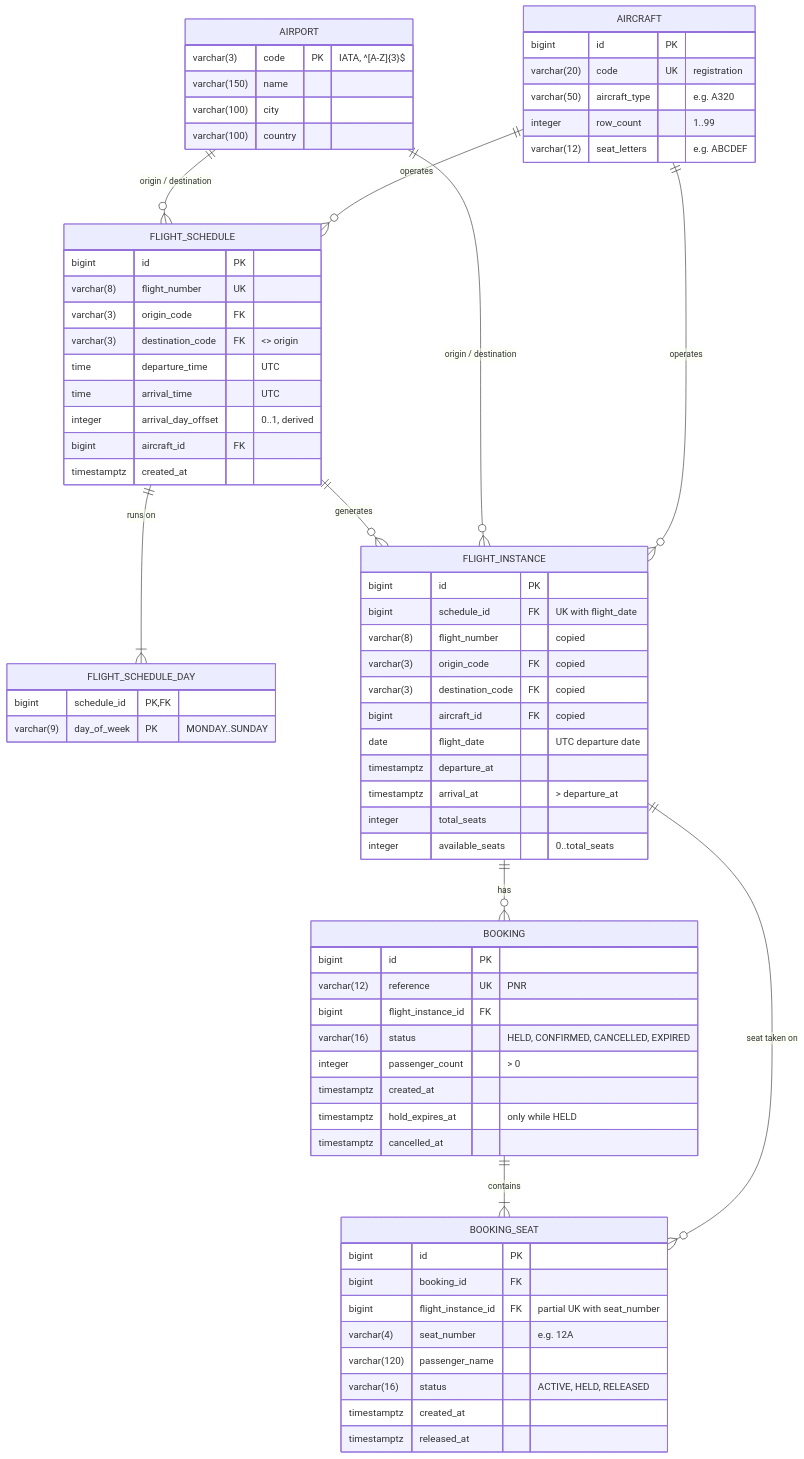
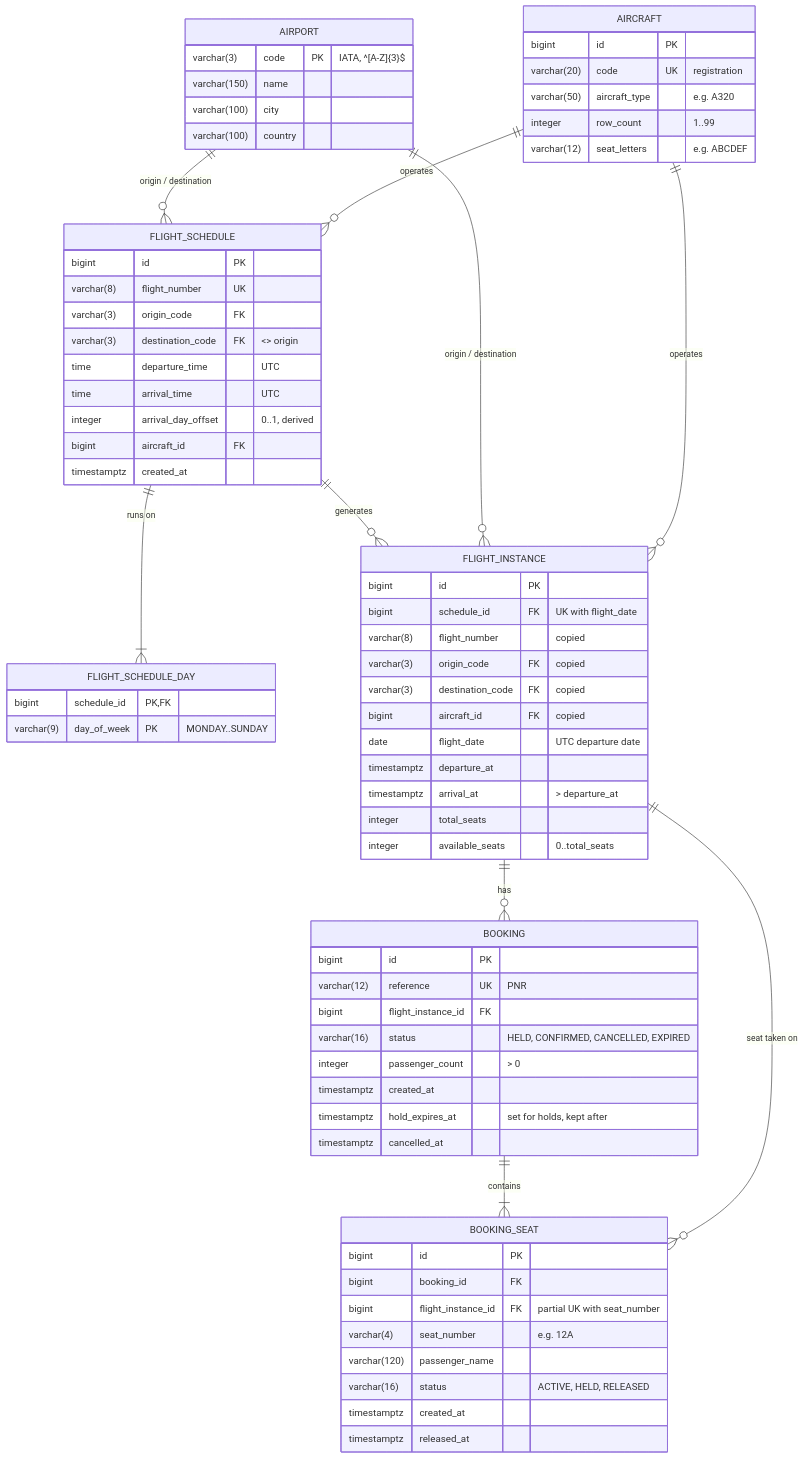
The diagram in hld/diagrams/er.mmd (ambikadasc/airline-ticketing-system), drawn with Mermaid before and after one commit. The commit also changed 27 other files, not shown here.

```diff
--- a/hld/diagrams/er.mmd
+++ b/hld/diagrams/er.mmd
@@ -1,72 +1,72 @@
 erDiagram
     AIRPORT ||--o{ FLIGHT_SCHEDULE : "origin / destination"
     AIRCRAFT ||--o{ FLIGHT_SCHEDULE : "operates"
     FLIGHT_SCHEDULE ||--|{ FLIGHT_SCHEDULE_DAY : "runs on"
     FLIGHT_SCHEDULE ||--o{ FLIGHT_INSTANCE : "generates"
     AIRPORT ||--o{ FLIGHT_INSTANCE : "origin / destination"
     AIRCRAFT ||--o{ FLIGHT_INSTANCE : "operates"
     FLIGHT_INSTANCE ||--o{ BOOKING : "has"
     BOOKING ||--|{ BOOKING_SEAT : "contains"
     FLIGHT_INSTANCE ||--o{ BOOKING_SEAT : "seat taken on"
 
     AIRPORT {
         varchar(3) code PK "IATA, ^[A-Z]{3}$"
         varchar(150) name
         varchar(100) city
         varchar(100) country
     }
     AIRCRAFT {
         bigint id PK
         varchar(20) code UK "registration"
         varchar(50) aircraft_type "e.g. A320"
         integer row_count "1..99"
         varchar(12) seat_letters "e.g. ABCDEF"
     }
     FLIGHT_SCHEDULE {
         bigint id PK
         varchar(8) flight_number UK
         varchar(3) origin_code FK
         varchar(3) destination_code FK "<> origin"
         time departure_time "UTC"
         time arrival_time "UTC"
         integer arrival_day_offset "0..1, derived"
         bigint aircraft_id FK
         timestamptz created_at
     }
     FLIGHT_SCHEDULE_DAY {
         bigint schedule_id PK, FK
         varchar(9) day_of_week PK "MONDAY..SUNDAY"
     }
     FLIGHT_INSTANCE {
         bigint id PK
         bigint schedule_id FK "UK with flight_date"
         varchar(8) flight_number "copied"
         varchar(3) origin_code FK "copied"
         varchar(3) destination_code FK "copied"
         bigint aircraft_id FK "copied"
         date flight_date "UTC departure date"
         timestamptz departure_at
         timestamptz arrival_at "> departure_at"
         integer total_seats
         integer available_seats "0..total_seats"
     }
     BOOKING {
         bigint id PK
         varchar(12) reference UK "PNR"
         bigint flight_instance_id FK
         varchar(16) status "HELD, CONFIRMED, CANCELLED, EXPIRED"
         integer passenger_count "> 0"
         timestamptz created_at
-        timestamptz hold_expires_at "only while HELD"
+        timestamptz hold_expires_at "set for holds, kept after"
         timestamptz cancelled_at
     }
     BOOKING_SEAT {
         bigint id PK
         bigint booking_id FK
         bigint flight_instance_id FK "partial UK with seat_number"
         varchar(4) seat_number "e.g. 12A"
         varchar(120) passenger_name
         varchar(16) status "ACTIVE, HELD, RELEASED"
         timestamptz created_at
         timestamptz released_at
     }
```
